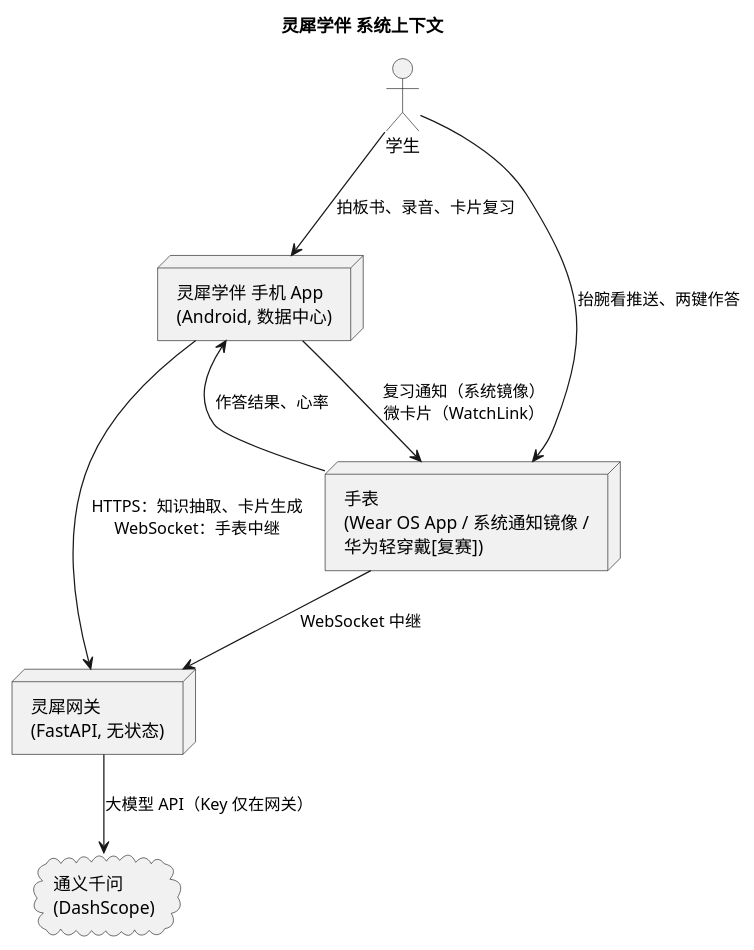
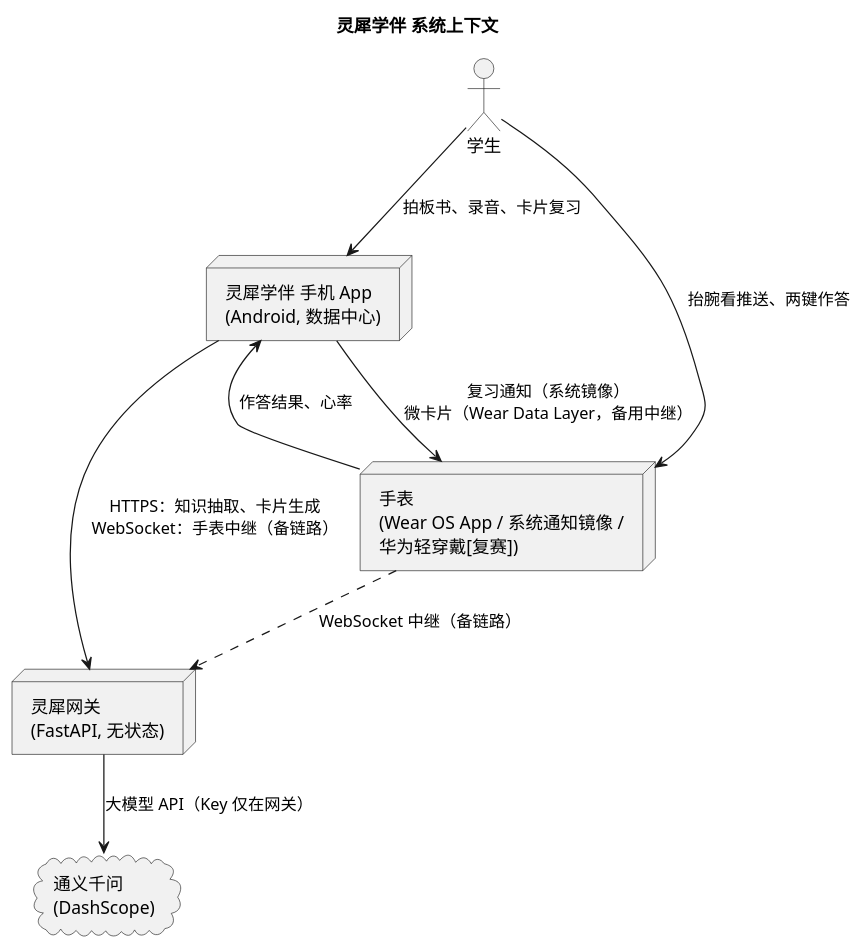
One commit to Haoyu-Wang818/lingxi changed the first of 3 diagrams in docs/02-design/01-architecture.md. Above: the diagram before and after it, drawn with PlantUML. The commit also changed other lines of this file and 5 other files, not shown here.

Commit message:
docs: 初赛手表同步改用 Wear Data Layer，中继作为备链路 [ADR-0007][LX-REQ-03][LX-DES-01][LX-DES-03]

````diff
--- a/docs/02-design/01-architecture.md
+++ b/docs/02-design/01-architecture.md
@@ -23,18 +23,18 @@
 ```plantuml
 @startuml
 title 灵犀学伴 系统上下文
 actor "学生" as student
 node "灵犀学伴 手机 App\n(Android, 数据中心)" as phone
 node "手表\n(Wear OS App / 系统通知镜像 /\n华为轻穿戴[复赛])" as watch
 node "灵犀网关\n(FastAPI, 无状态)" as gw
 cloud "通义千问\n(DashScope)" as qwen
 
 student --> phone : 拍板书、录音、卡片复习
 student --> watch : 抬腕看推送、两键作答
-phone --> watch : 复习通知（系统镜像）\n微卡片（WatchLink）
+phone --> watch : 复习通知（系统镜像）\n微卡片（Wear Data Layer，备用中继）
 watch --> phone : 作答结果、心率
-phone --> gw : HTTPS：知识抽取、卡片生成\nWebSocket：手表中继
-watch --> gw : WebSocket 中继
+phone --> gw : HTTPS：知识抽取、卡片生成\nWebSocket：手表中继（备链路）
+watch ..> gw : WebSocket 中继（备链路）
 gw --> qwen : 大模型 API（Key 仅在网关）
 @enduml
 ```
````
